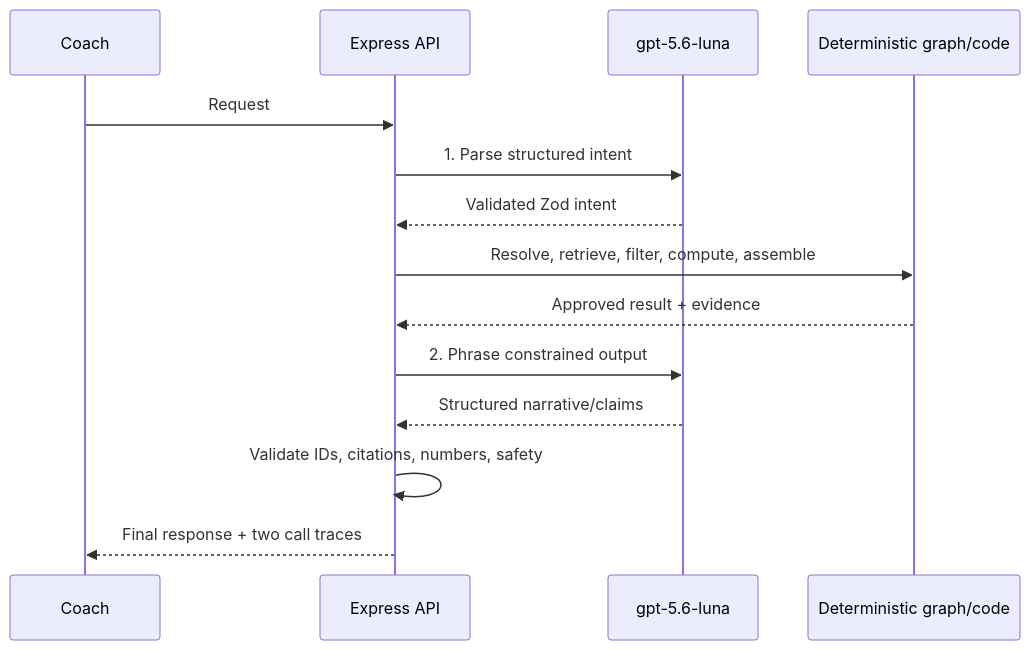
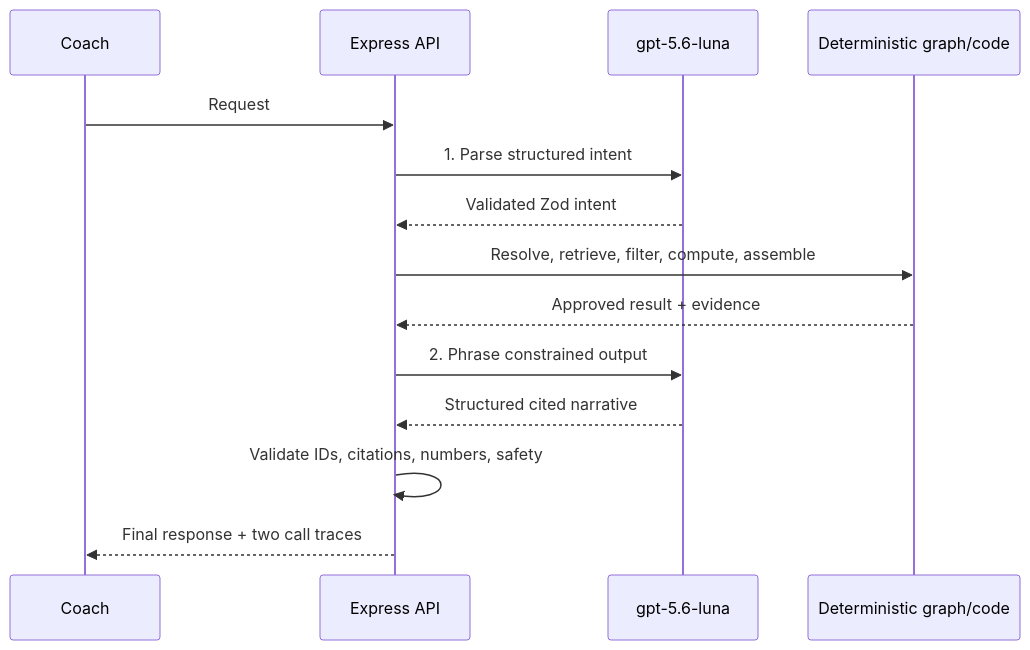
The second of 2 diagrams in README.md (cloudspiral/coach-copilot), drawn with Mermaid before and after one commit. The commit also changed other lines of this file and 15 other files, not shown here.

First line of the commit message:
Improve graph-grounded workout safety and conversational Copilot retrieval

````diff
--- a/README.md
+++ b/README.md
@@ -48,16 +48,16 @@
 ```mermaid
 sequenceDiagram
   participant U as Coach
   participant A as Express API
   participant M as gpt-5.6-luna
   participant G as Deterministic graph/code
   U->>A: Request
   A->>M: 1. Parse structured intent
   M-->>A: Validated Zod intent
   A->>G: Resolve, retrieve, filter, compute, assemble
   G-->>A: Approved result + evidence
   A->>M: 2. Phrase constrained output
-  M-->>A: Structured narrative/claims
+  M-->>A: Structured cited narrative
   A->>A: Validate IDs, citations, numbers, safety
   A-->>U: Final response + two call traces
 ```
````
